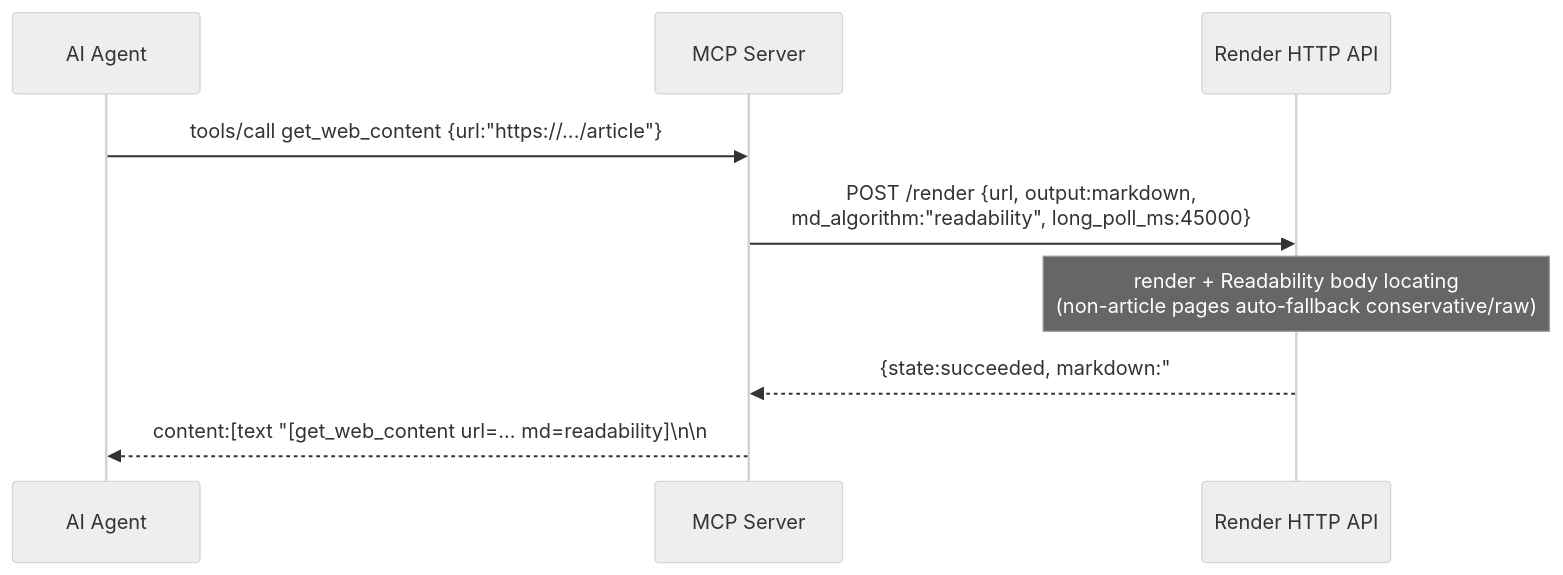
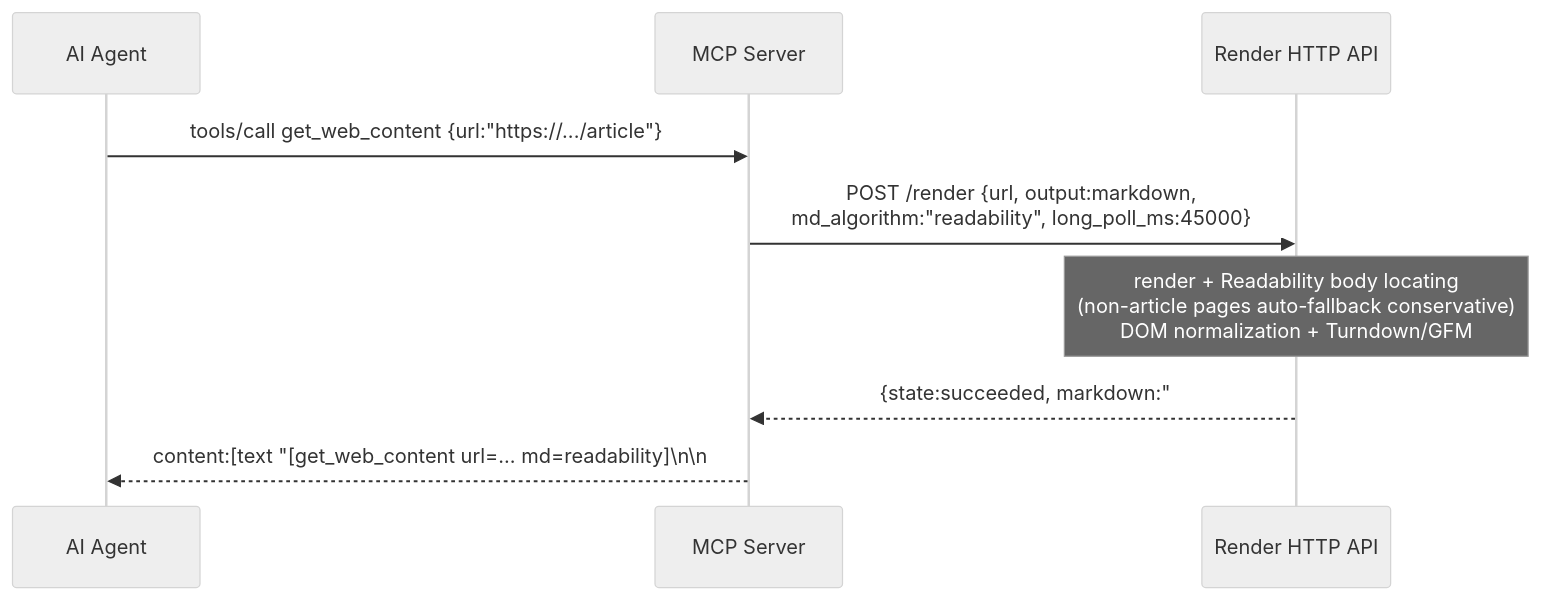
Before and after one commit to zhegexiaohuozi/seimi-render: the sixth of 8 diagrams in docs/README.en.md, drawn with Mermaid (neutral theme). The commit also changed other lines of this file and 27 other files, not shown here.

````diff
--- a/docs/README.en.md
+++ b/docs/README.en.md
@@ -755,12 +792,12 @@
 ```mermaid
 sequenceDiagram
     participant A as AI Agent
     participant M as MCP Server
     participant H as Render HTTP API
 
     A->>M: tools/call get_web_content {url:"https://.../article"}
     M->>H: POST /render {url, output:markdown,<br/>md_algorithm:"readability", long_poll_ms:45000}
-    Note over H: render + Readability body locating<br/>(non-article pages auto-fallback conservative/raw)
+    Note over H: render + Readability body locating<br/>(non-article pages auto-fallback conservative)<br/>DOM normalization + Turndown/GFM
     H-->>M: {state:succeeded, markdown:"# Title\n\nBody...",<br/>md_algorithm_used:"readability"}
     M-->>A: content:[text "[get_web_content url=... md=readability]\n\n# Title\n\nBody..."]
 ```
````
